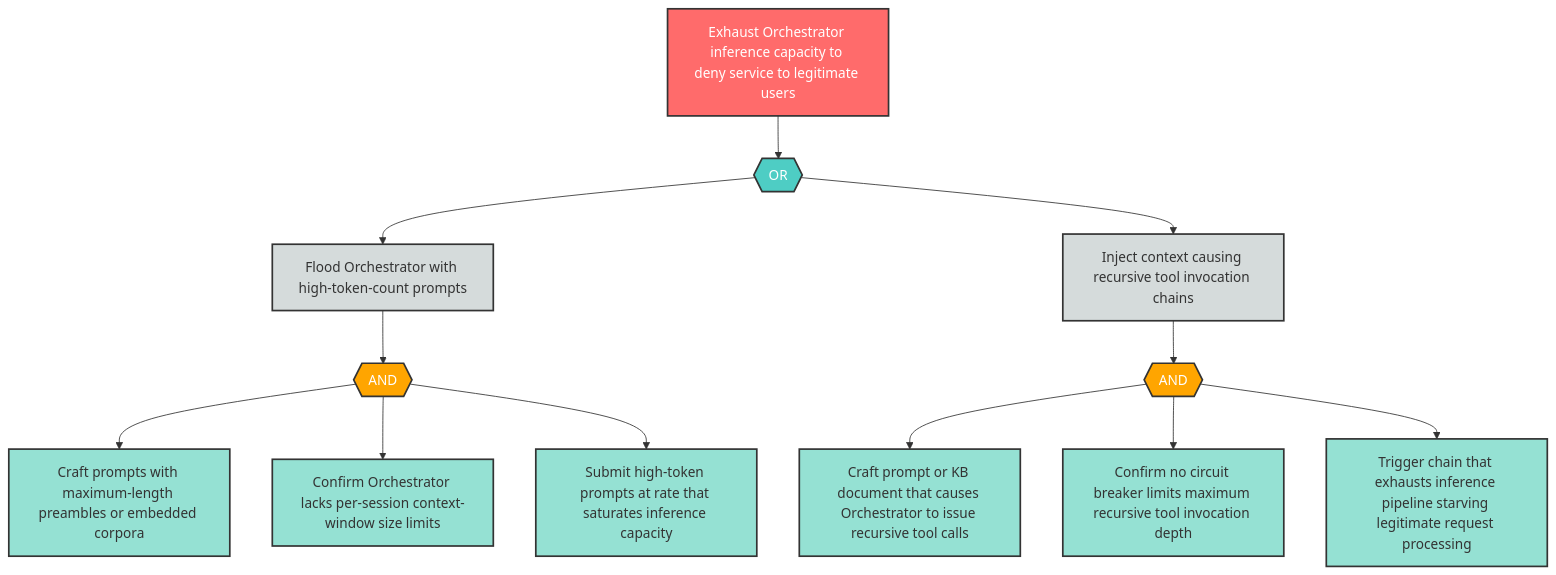
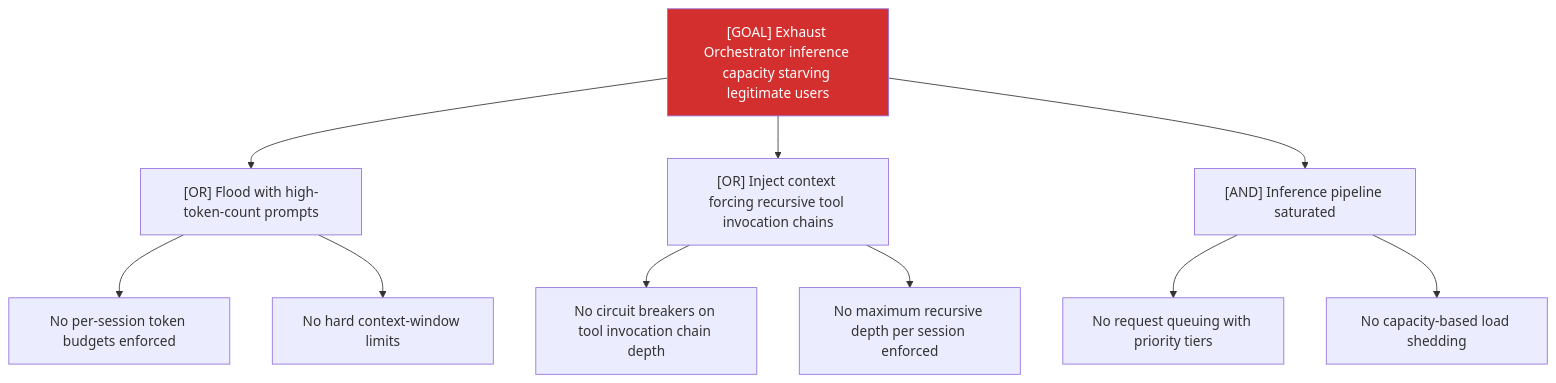
One commit to q-qp-p/davidmatousek-tachi changed the diagram in examples/agentic-app/sample-report/attack-trees/d-2-attack-tree.md. Above: the diagram before and after it, drawn with Mermaid. The commit also changed other lines of this file and 132 other files, not shown here.

````diff
--- a/examples/agentic-app/sample-report/attack-trees/d-2-attack-tree.md
+++ b/examples/agentic-app/sample-report/attack-trees/d-2-attack-tree.md
@@ -8,39 +7,15 @@
 ```mermaid
-flowchart TD
-    D2_root["Exhaust Orchestrator inference capacity to deny service to legitimate users"]
-    D2_or1{{"OR"}}
-    D2_sub1["Flood Orchestrator with high-token-count prompts"]
-    D2_sub2["Inject context causing recursive tool invocation chains"]
-    D2_and1{{"AND"}}
-    D2_leaf1["Craft prompts with maximum-length preambles or embedded corpora"]
-    D2_leaf2["Confirm Orchestrator lacks per-session context-window size limits"]
-    D2_leaf3["Submit high-token prompts at rate that saturates inference capacity"]
-    D2_and2{{"AND"}}
-    D2_leaf4["Craft prompt or KB document that causes Orchestrator to issue recursive tool calls"]
-    D2_leaf5["Confirm no circuit breaker limits maximum recursive tool invocation depth"]
-    D2_leaf6["Trigger chain that exhausts inference pipeline starving legitimate request processing"]
-
-    D2_root --> D2_or1
-    D2_or1 --> D2_sub1
-    D2_or1 --> D2_sub2
-    D2_sub1 --> D2_and1
-    D2_and1 --> D2_leaf1
-    D2_and1 --> D2_leaf2
-    D2_and1 --> D2_leaf3
-    D2_sub2 --> D2_and2
-    D2_and2 --> D2_leaf4
-    D2_and2 --> D2_leaf5
-    D2_and2 --> D2_leaf6
-
-    classDef goal fill:#ff6b6b,stroke:#333,stroke-width:2px,color:#fff
-    classDef andGate fill:#ffa500,stroke:#333,stroke-width:2px,color:#fff
-    classDef orGate fill:#4ecdc4,stroke:#333,stroke-width:2px,color:#fff
-    classDef subGoal fill:#d5dbdb,stroke:#333,stroke-width:2px,color:#333
-    classDef leaf fill:#95e1d3,stroke:#333,stroke-width:2px,color:#333
-
-    class D2_root goal
-    class D2_or1 orGate
-    class D2_and1,D2_and2 andGate
-    class D2_sub1,D2_sub2 subGoal
-    class D2_leaf1,D2_leaf2,D2_leaf3,D2_leaf4,D2_leaf5,D2_leaf6 leaf
+graph TD
+    Goal["[GOAL] Exhaust Orchestrator inference capacity starving legitimate users"]
+    Goal --> A["[OR] Flood with high-token-count prompts"]
+    A --> A1["No per-session token budgets enforced"]
+    A --> A2["No hard context-window limits"]
+    Goal --> B["[OR] Inject context forcing recursive tool invocation chains"]
+    B --> B1["No circuit breakers on tool invocation chain depth"]
+    B --> B2["No maximum recursive depth per session enforced"]
+    Goal --> C["[AND] Inference pipeline saturated"]
+    C --> C1["No request queuing with priority tiers"]
+    C --> C2["No capacity-based load shedding"]
+    classDef critical fill:#d32f2f,color:#fff
+    class Goal critical
 ```
````
